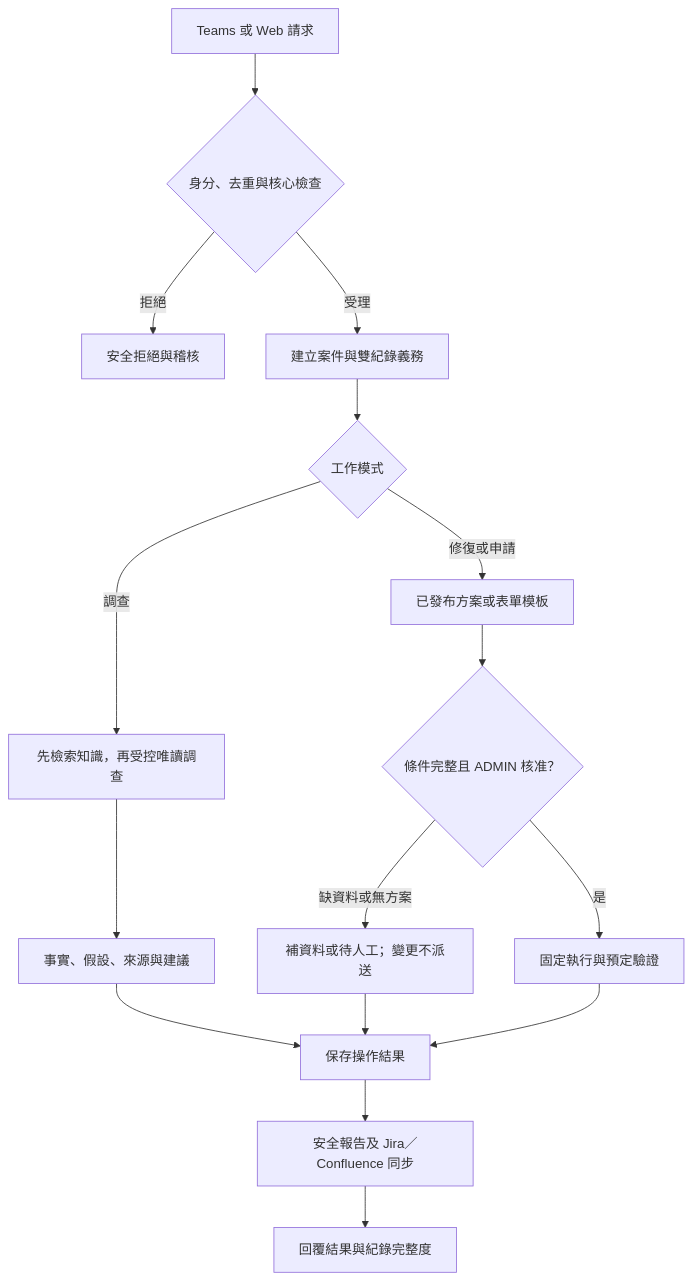
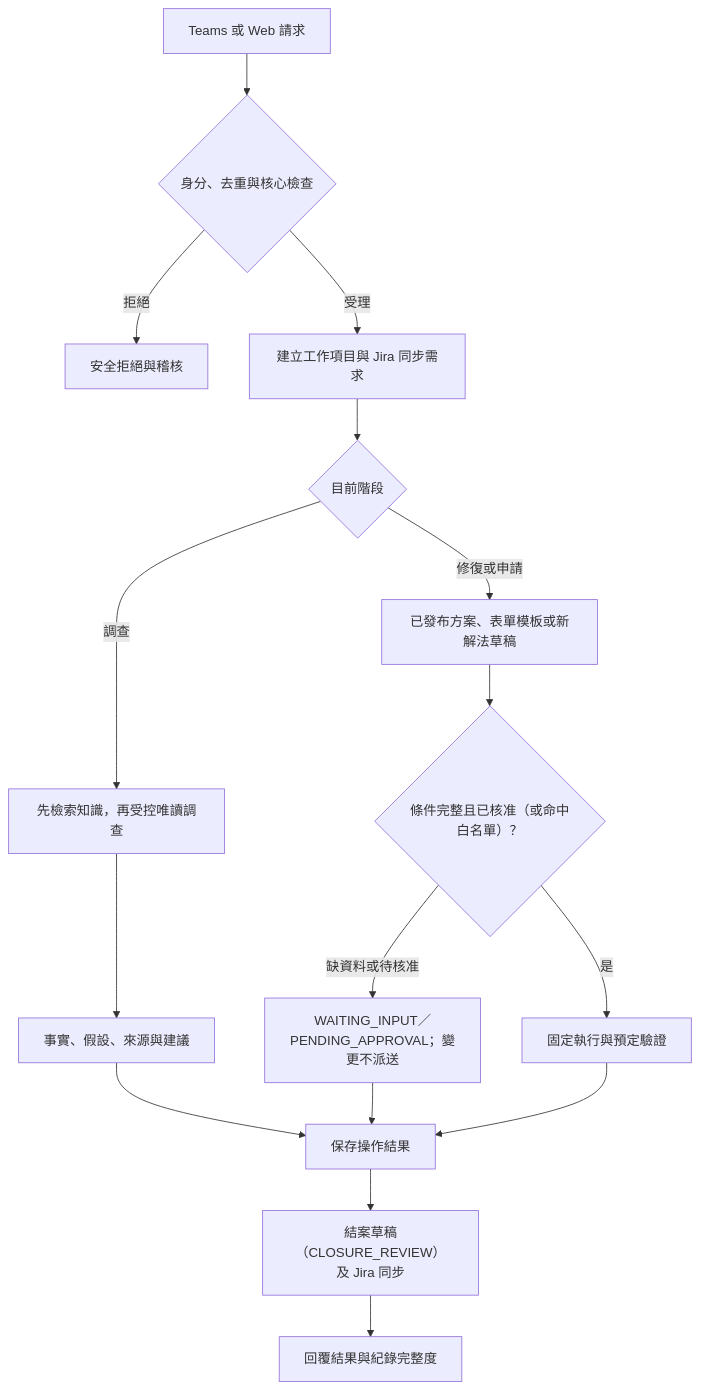
The fifth of 6 diagrams in doc/specifications/DevOps_智慧維運應用系統分析規格書_草案.md (lancehuang58/ai-devops-platform), drawn with Mermaid before and after one commit. The commit also changed other lines of this file, not shown here.

````diff
--- a/doc/specifications/DevOps_智慧維運應用系統分析規格書_草案.md
+++ b/doc/specifications/DevOps_智慧維運應用系統分析規格書_草案.md
@@ -973,18 +944,18 @@
 ```mermaid
 flowchart TD
     A["Teams 或 Web 請求"] --> B{"身分、去重與核心檢查"}
     B -->|拒絕| X["安全拒絕與稽核"]
-    B -->|受理| C["建立案件與雙紀錄義務"]
-    C --> D{"工作模式"}
+    B -->|受理| C["建立工作項目與 Jira 同步需求"]
+    C --> D{"目前階段"}
     D -->|調查| E["先檢索知識，再受控唯讀調查"]
     E --> F["事實、假設、來源與建議"]
-    D -->|修復或申請| G["已發布方案或表單模板"]
-    G --> H{"條件完整且 ADMIN 核准？"}
-    H -->|缺資料或無方案| I["補資料或待人工；變更不派送"]
+    D -->|修復或申請| G["已發布方案、表單模板或新解法草稿"]
+    G --> H{"條件完整且已核准（或命中白名單）？"}
+    H -->|缺資料或待核准| I["WAITING_INPUT／PENDING_APPROVAL；變更不派送"]
     H -->|是| J["固定執行與預定驗證"]
     J --> K["保存操作結果"]
     F --> K
     I --> K
-    K --> L["安全報告及 Jira／Confluence 同步"]
+    K --> L["結案草稿（CLOSURE_REVIEW）及 Jira 同步"]
     L --> M["回覆結果與紀錄完整度"]
 ```
````
